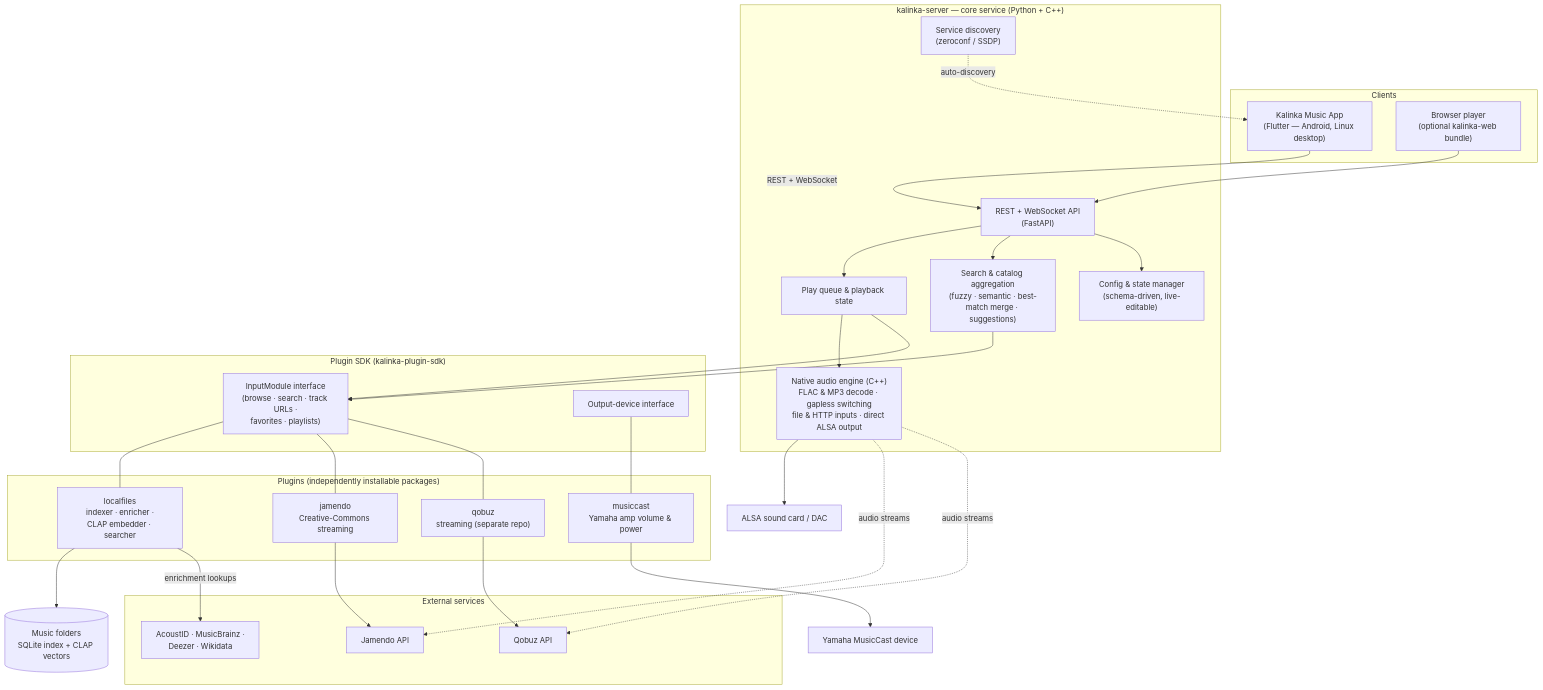
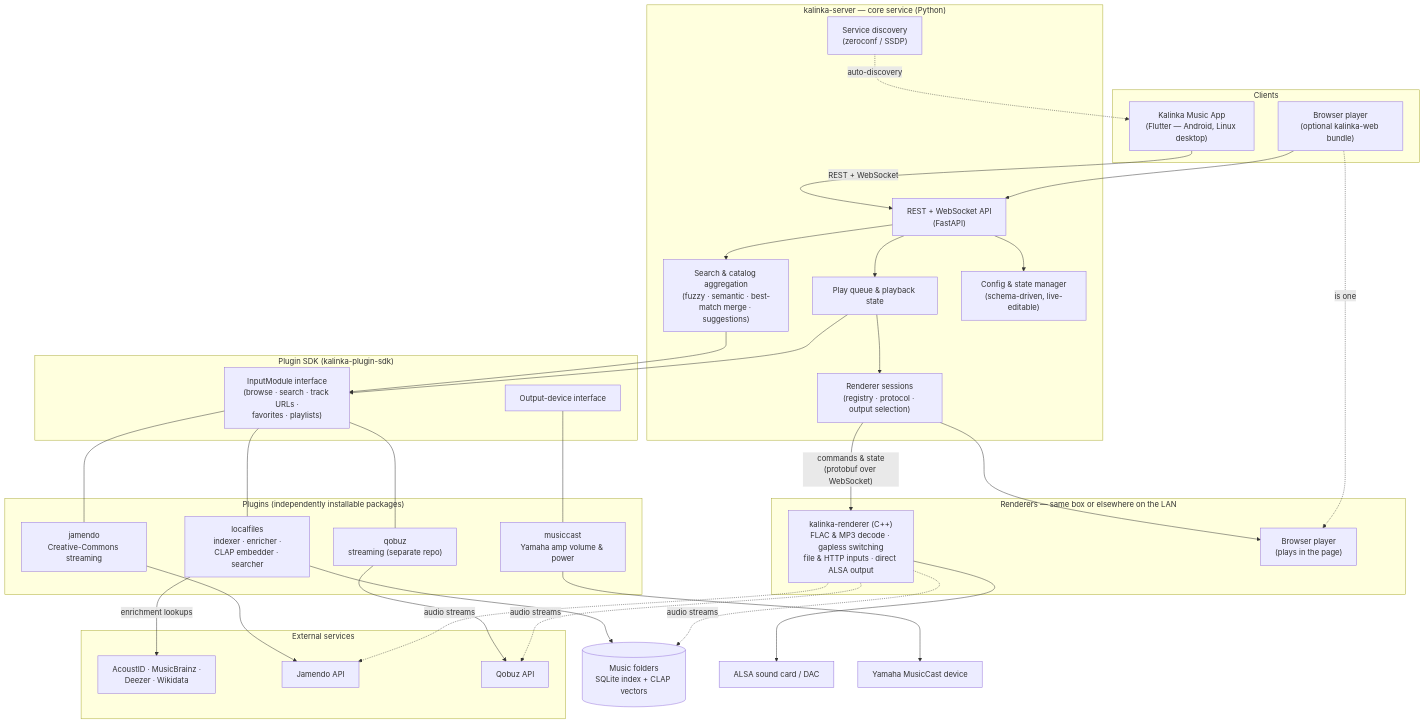
The diagram in docs/what-is-kalinka.md (madenvel/KalinkaPlayer), drawn with Mermaid before and after one commit. The commit also changed other lines of this file and 2 other files, not shown here.

````diff
--- a/docs/what-is-kalinka.md
+++ b/docs/what-is-kalinka.md
@@ -50,63 +52,72 @@
 ```mermaid
 flowchart TD
     subgraph CLIENTS["Clients"]
         APP["Kalinka Music App<br/>(Flutter — Android, Linux desktop)"]
         WEB["Browser player<br/>(optional kalinka-web bundle)"]
     end
 
-    subgraph CORE["kalinka-server — core service (Python + C++)"]
+    subgraph CORE["kalinka-server — core service (Python)"]
         API["REST + WebSocket API<br/>(FastAPI)"]
         DISC["Service discovery<br/>(zeroconf / SSDP)"]
         QUEUE["Play queue &amp; playback state"]
         SEARCH["Search &amp; catalog aggregation<br/>(fuzzy · semantic · best-match merge · suggestions)"]
         CONF["Config &amp; state manager<br/>(schema-driven, live-editable)"]
-        NATIVE["Native audio engine (C++)<br/>FLAC &amp; MP3 decode · gapless switching<br/>file &amp; HTTP inputs · direct ALSA output"]
+        RSESS["Renderer sessions<br/>(registry · protocol · output selection)"]
+    end
+
+    subgraph RENDERERS["Renderers — same box or elsewhere on the LAN"]
+        NATIVE["kalinka-renderer (C++)<br/>FLAC &amp; MP3 decode · gapless switching<br/>file &amp; HTTP inputs · direct ALSA output"]
+        BROWSER["Browser player<br/>(plays in the page)"]
     end
 
     subgraph SDK["Plugin SDK (kalinka-plugin-sdk)"]
         IM["InputModule interface<br/>(browse · search · track URLs ·<br/>favorites · playlists)"]
         OD["Output-device interface"]
     end
 
     subgraph PLUGINS["Plugins (independently installable packages)"]
         LF["localfiles<br/>indexer · enricher ·<br/>CLAP embedder · searcher"]
         JAM["jamendo<br/>Creative-Commons streaming"]
         QOB["qobuz<br/>streaming (separate repo)"]
         MC["musiccast<br/>Yamaha amp volume &amp; power"]
     end
 
     subgraph EXT["External services"]
         META["AcoustID · MusicBrainz ·<br/>Deezer · Wikidata"]
         JAPI["Jamendo API"]
         QAPI["Qobuz API"]
     end
 
     FILES[("Music folders<br/>SQLite index + CLAP vectors")]
     DAC["ALSA sound card / DAC"]
     AMP["Yamaha MusicCast device"]
 
     APP -->|"REST + WebSocket"| API
     WEB --> API
     DISC -.->|"auto-discovery"| APP
 
     API --> QUEUE
     API --> SEARCH
     API --> CONF
-    QUEUE --> NATIVE
+    QUEUE --> RSESS
+    RSESS -->|"commands &amp; state<br/>(protobuf over WebSocket)"| NATIVE
+    RSESS --> BROWSER
+    WEB -.->|"is one"| BROWSER
     NATIVE --> DAC
 
     SEARCH --> IM
     QUEUE --> IM
     IM --- LF
     IM --- JAM
     IM --- QOB
     OD --- MC
 
     LF --> FILES
     LF -->|"enrichment lookups"| META
     JAM --> JAPI
     QOB --> QAPI
+    NATIVE -.->|"audio streams"| FILES
     NATIVE -.->|"audio streams"| JAPI
     NATIVE -.->|"audio streams"| QAPI
     MC --> AMP
 ```
````
